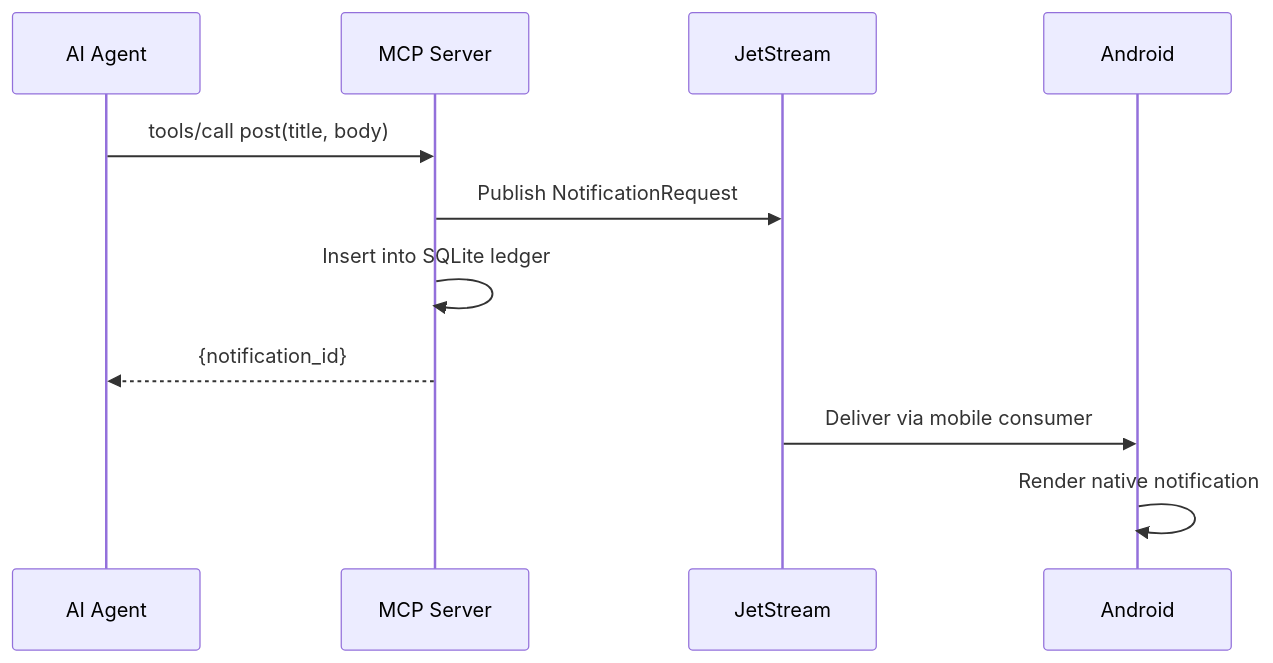
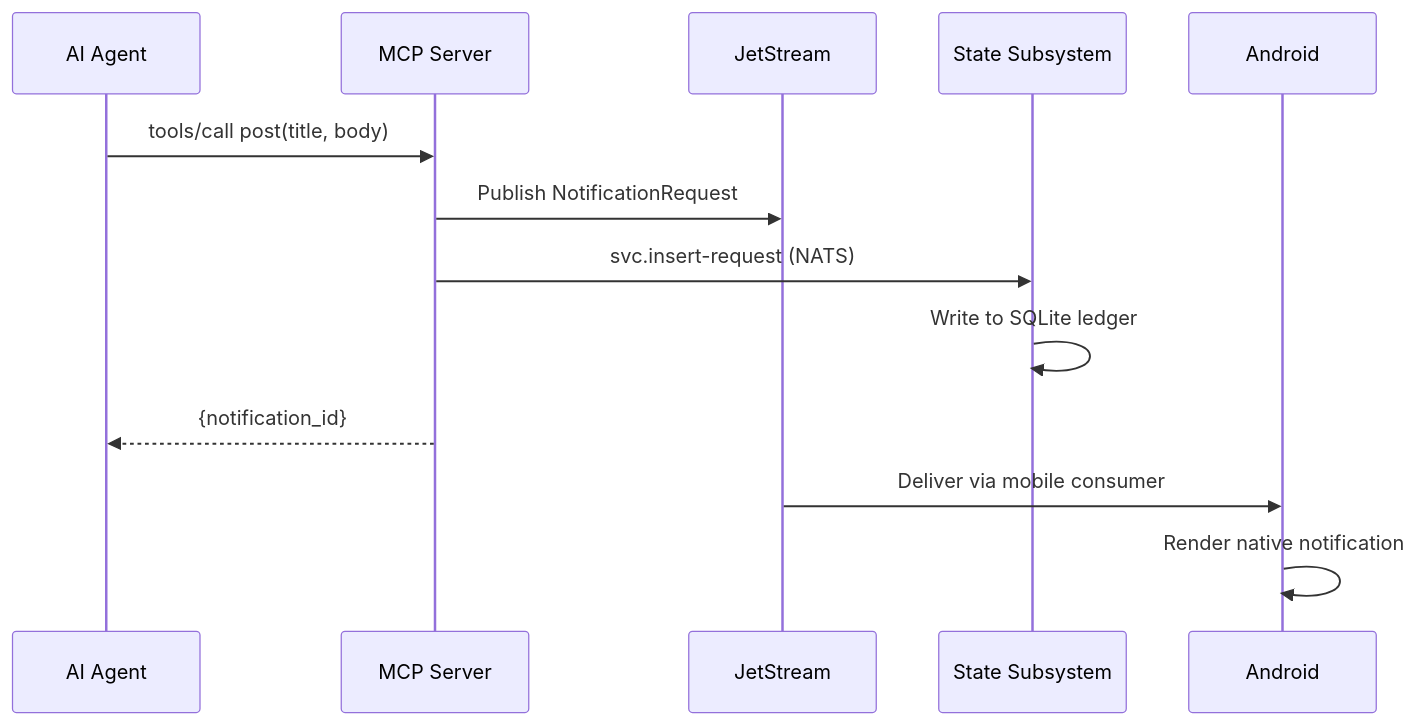
The third of 5 diagrams in docs/renotify-architecture.md (resystems-io/renotify), drawn with Mermaid before and after one commit. The commit also changed other lines of this file and 1 other file, not shown here.

First line of the commit message:
docs: rewrite architecture document for state decoupling (V-05)

````diff
--- a/docs/renotify-architecture.md
+++ b/docs/renotify-architecture.md
@@ -108,14 +188,16 @@
 ```mermaid
 sequenceDiagram
     participant Agent as AI Agent
     participant MCP as MCP Server
     participant JS as JetStream
+    participant State as State Subsystem
     participant Phone as Android
 
     Agent->>MCP: tools/call post(title, body)
     MCP->>JS: Publish NotificationRequest
-    MCP->>MCP: Insert into SQLite ledger
+    MCP->>State: svc.insert-request (NATS)
+    State->>State: Write to SQLite ledger
     MCP-->>Agent: {notification_id}
     JS->>Phone: Deliver via mobile consumer
     Phone->>Phone: Render native notification
 ```
````
